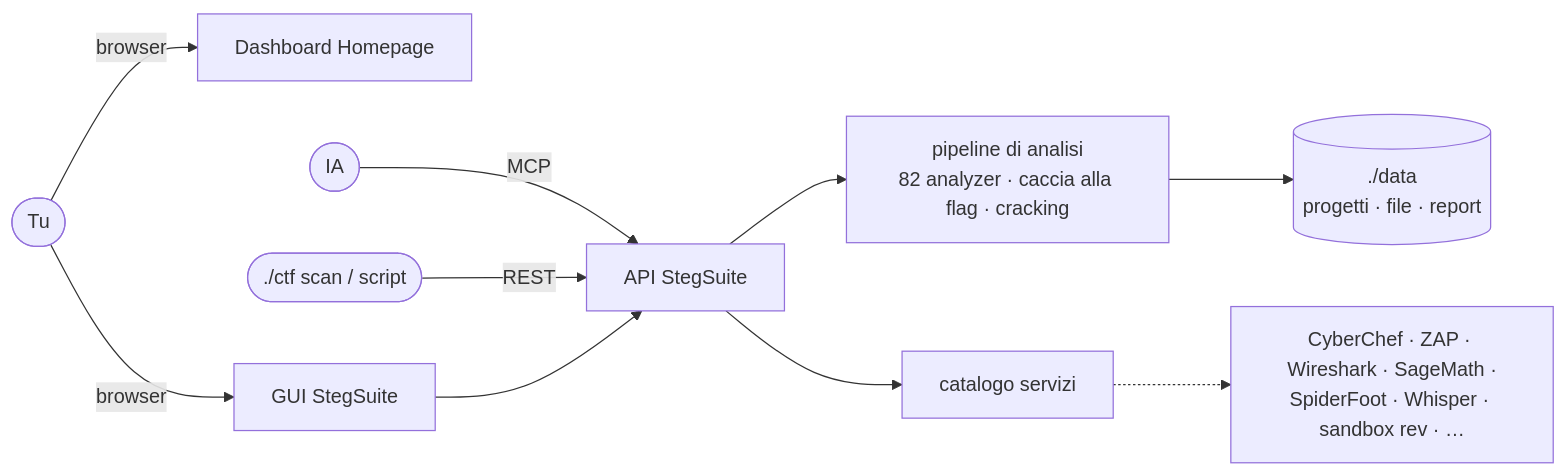
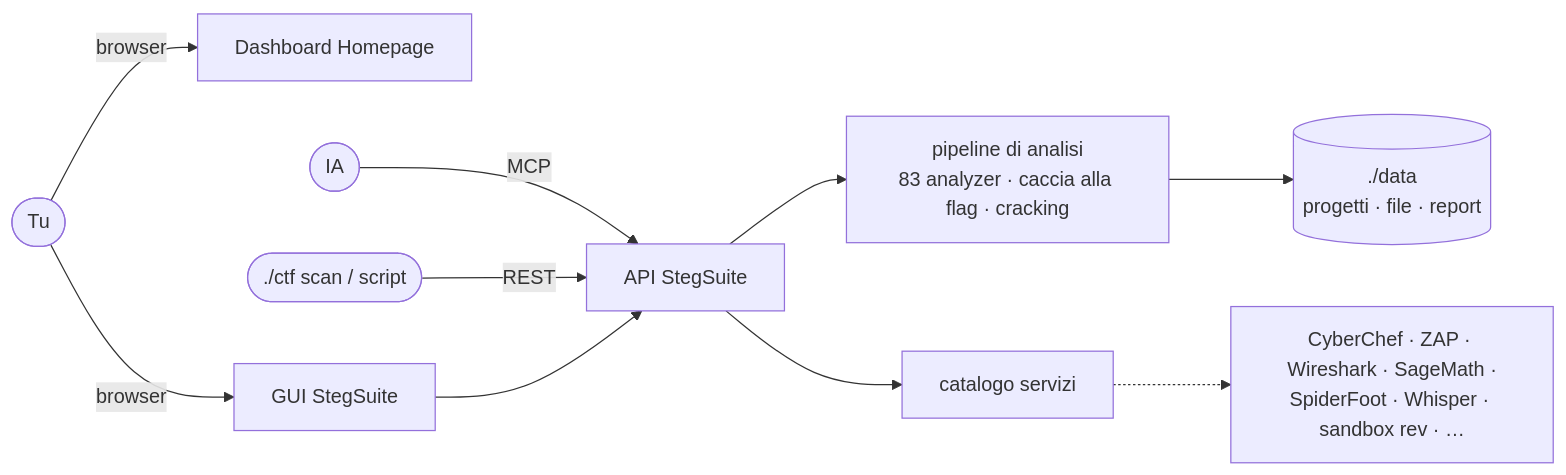
One commit to dexRand/ctf-docker changed the diagram in README.it.md. Above: the diagram before and after it, drawn with Mermaid. The commit also changed other lines of this file and 5 other files, not shown here.

````diff
--- a/README.it.md
+++ b/README.it.md
@@ -88,12 +88,12 @@
 ```mermaid
 flowchart LR
   tu([Tu]) -->|browser| dash[Dashboard Homepage]
   tu -->|browser| ss[GUI StegSuite]
   ia([IA]) -->|MCP| api
   cli([./ctf scan / script]) -->|REST| api
   ss --> api[API StegSuite]
-  api --> pipe[pipeline di analisi<br/>82 analyzer · caccia alla flag · cracking]
+  api --> pipe[pipeline di analisi<br/>83 analyzer · caccia alla flag · cracking]
   pipe --> data[(./data<br/>progetti · file · report)]
   api --> svc[catalogo servizi]
   svc -.-> tools[CyberChef · ZAP · Wireshark · SageMath ·<br/>SpiderFoot · Whisper · sandbox rev · …]
 ```
````
